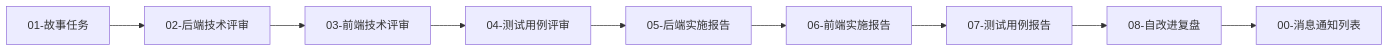
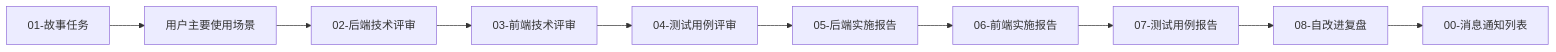
Before and after one commit to effiy/YrY: the second of 12 diagrams in skills/rui/formulas.md, drawn with Mermaid. The commit also changed other lines of this file and 7 other files, not shown here.

````diff
--- a/skills/rui/formulas.md
+++ b/skills/rui/formulas.md
@@ -62,11 +63,12 @@
 ```mermaid
 flowchart LR
-    01["01-故事任务"] --> 02["02-后端技术评审"]
+    01["01-故事任务"] --> US["用户主要使用场景"]
+    US --> 02["02-后端技术评审"]
     02 --> 03["03-前端技术评审"]
     03 --> 04["04-测试用例评审"]
     04 --> 05["05-后端实施报告"]
     05 --> 06["06-前端实施报告"]
     06 --> 07["07-测试用例报告"]
     07 --> 08["08-自改进复盘"]
     08 --> 00["00-消息通知列表"]
 ```
````
